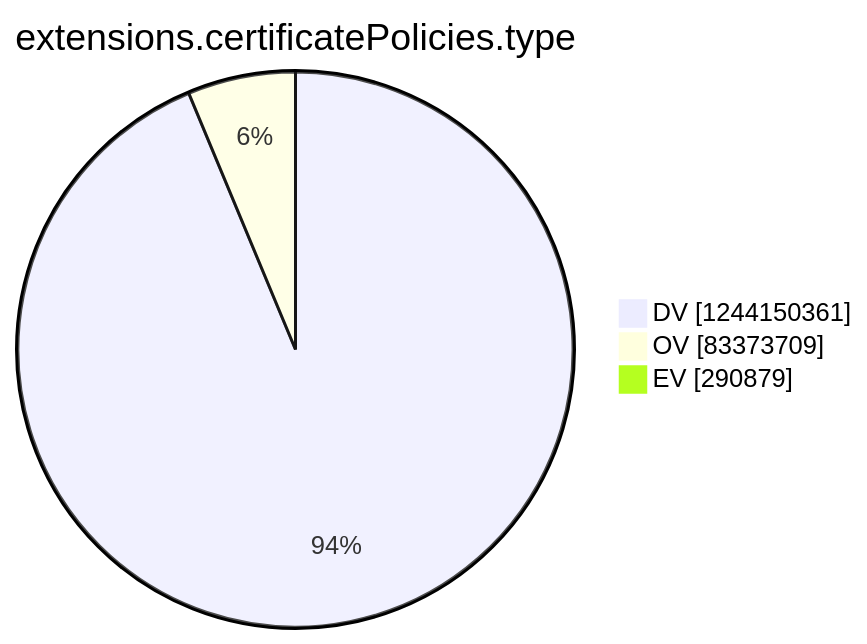
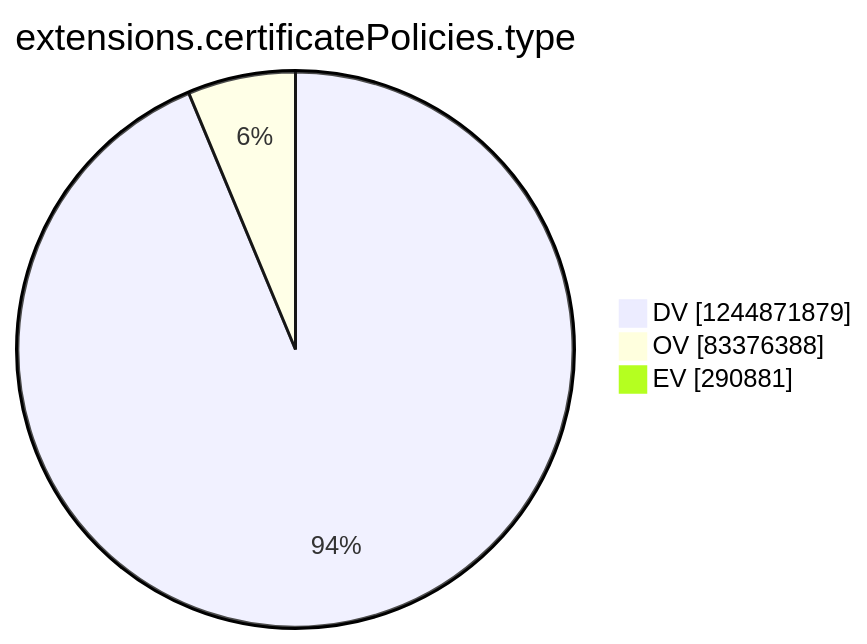
The tenth of 15 diagrams in argon2022/README.md (christiankrug/ctmonitor_visualization), drawn with Mermaid before and after one commit. The commit also changed other lines of this file, not shown here.

````diff
--- a/argon2022/README.md
+++ b/argon2022/README.md
@@ -2771,7 +2771,7 @@
 ```mermaid
 pie showData
 title extensions.certificatePolicies.type
-"DV" :1244150361
-"OV" :83373709
-"EV" :290879
+"DV" :1244871879
+"OV" :83376388
+"EV" :290881
 ```
````
